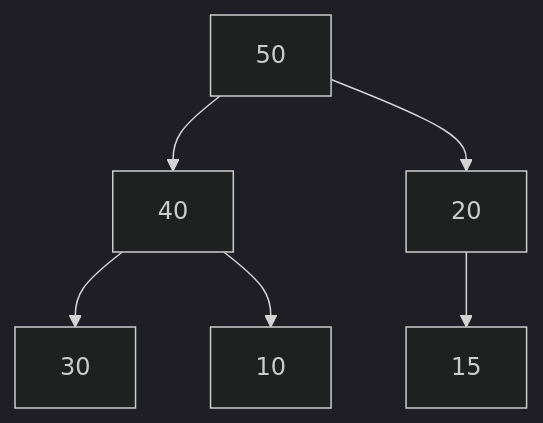
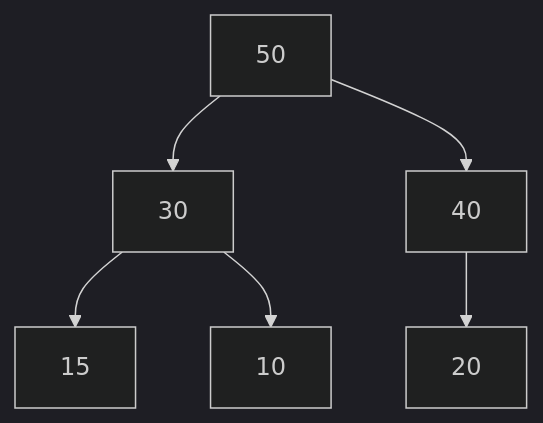
One commit to djaimej/computer-science-template changed the second of 4 diagrams in public/documents/semester-2/2/22142.md. Above: the diagram before and after it, drawn with Mermaid (dark theme). The commit also changed other lines of this file and 44 other files, not shown here.

````diff
--- a/public/documents/semester-2/2/22142.md
+++ b/public/documents/semester-2/2/22142.md
@@ -41,8 +41,8 @@
 ```mermaid
 graph TD
-    A[50] --> B[40]
-    A --> C[20]
-    B --> D[30]
+    A[50] --> B[30]
+    A --> C[40]
+    B --> D[15]
     B --> E[10]
-    C --> F[15]
+    C --> F[20]
 ```
````
